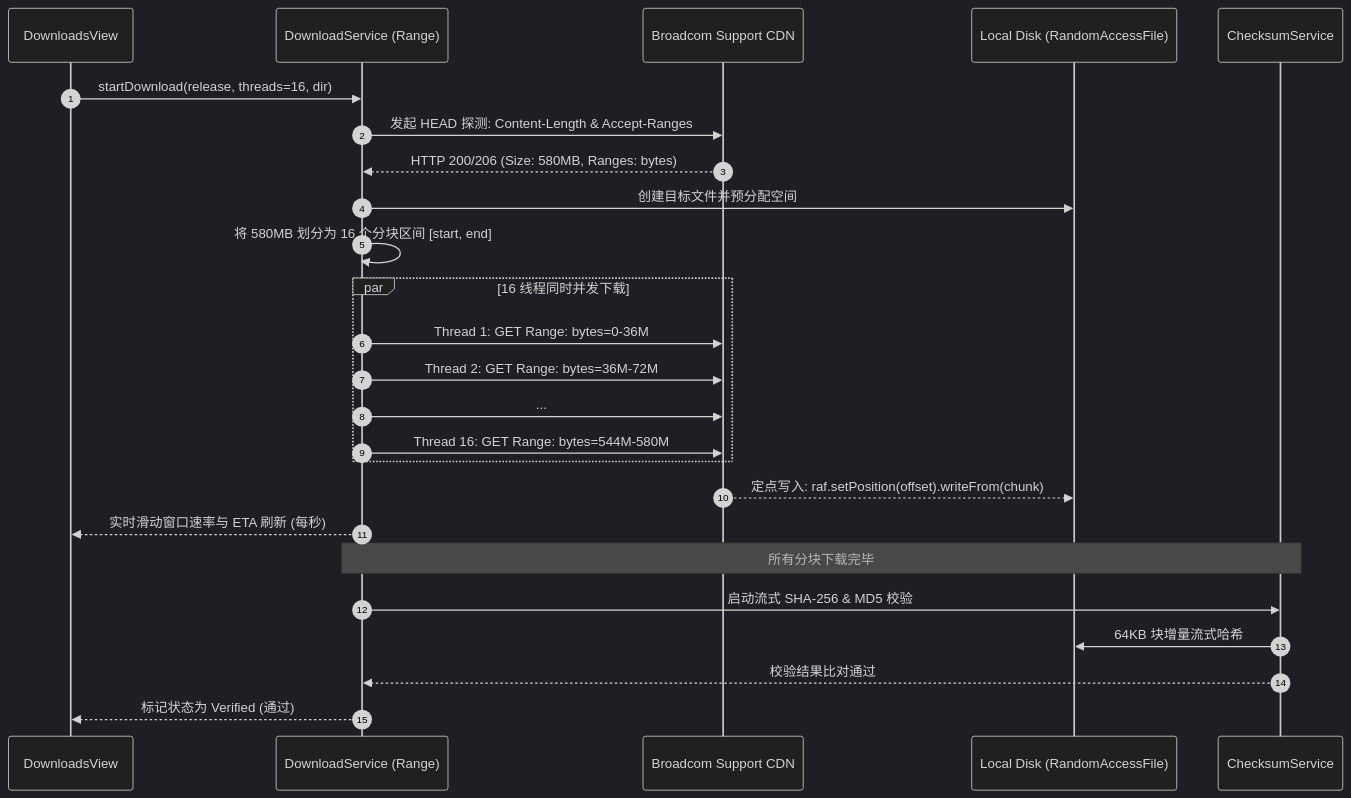
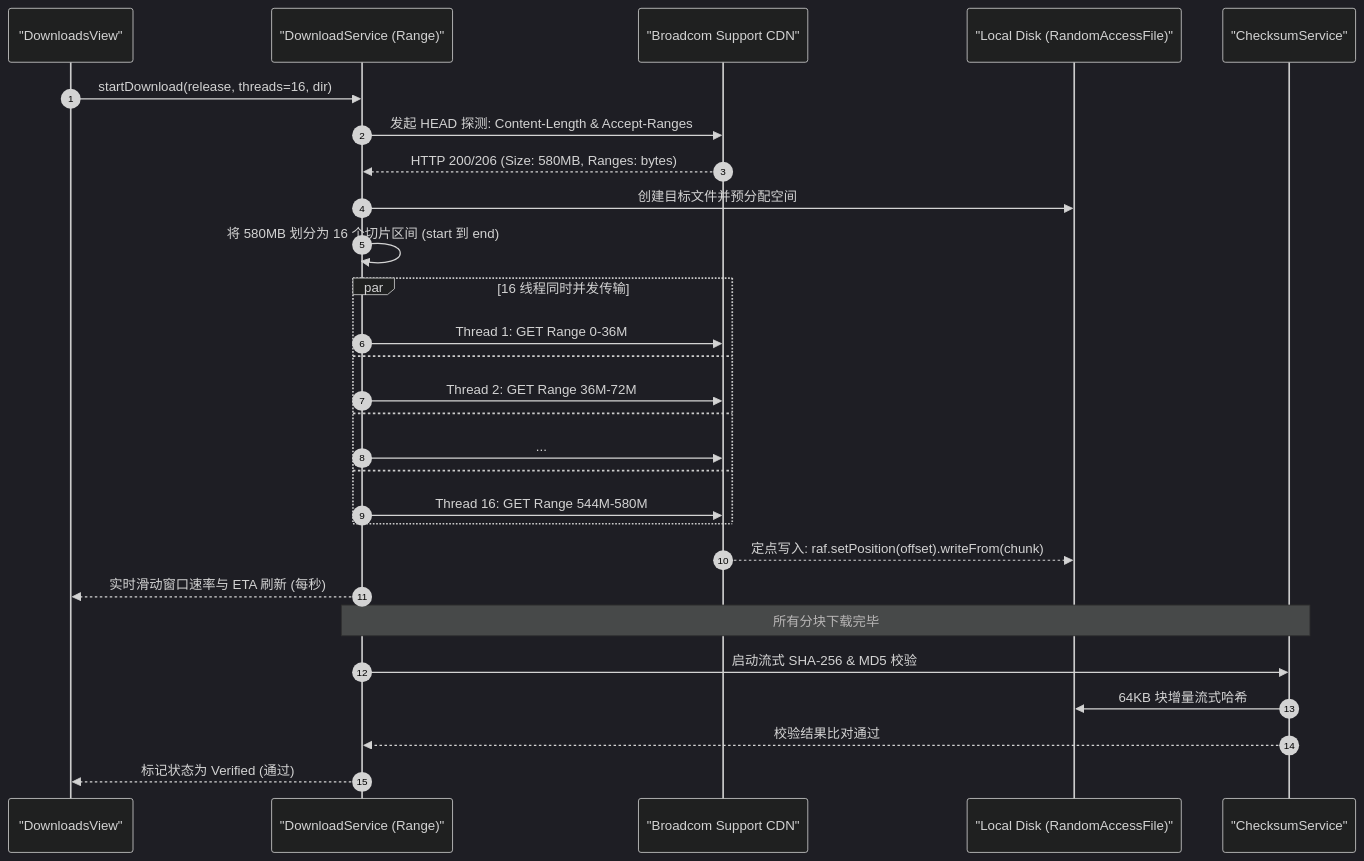
The second of 2 diagrams in README.md (ericclose/VMwareGet), drawn with Mermaid (dark theme) before and after one commit. The commit also changed other lines of this file, not shown here.

Commit message:
fix(docs): quote Mermaid diagram actor labels and fix par block syntax

````diff
--- a/README.md
+++ b/README.md
@@ -112,31 +112,34 @@
 ```mermaid
 sequenceDiagram
     autonumber
-    participant UI as DownloadsView
-    participant Engine as DownloadService (Range)
-    participant Broadcom as Broadcom Support CDN
-    participant Disk as Local Disk (RandomAccessFile)
-    participant Hash as ChecksumService
+    participant UI as "DownloadsView"
+    participant Engine as "DownloadService (Range)"
+    participant Broadcom as "Broadcom Support CDN"
+    participant Disk as "Local Disk (RandomAccessFile)"
+    participant Hash as "ChecksumService"
 
     UI->>Engine: startDownload(release, threads=16, dir)
     Engine->>Broadcom: 发起 HEAD 探测: Content-Length & Accept-Ranges
     Broadcom-->>Engine: HTTP 200/206 (Size: 580MB, Ranges: bytes)
     Engine->>Disk: 创建目标文件并预分配空间
-    Engine->>Engine: 将 580MB 划分为 16 个分块区间 [start, end]
+    Engine->>Engine: 将 580MB 划分为 16 个切片区间 (start 到 end)
     
-    par 16 线程同时并发下载
-        Engine->>Broadcom: Thread 1: GET Range: bytes=0-36M
-        Engine->>Broadcom: Thread 2: GET Range: bytes=36M-72M
+    par 16 线程同时并发传输
+        Engine->>Broadcom: Thread 1: GET Range 0-36M
+    and
+        Engine->>Broadcom: Thread 2: GET Range 36M-72M
+    and
         Engine->>Broadcom: ...
-        Engine->>Broadcom: Thread 16: GET Range: bytes=544M-580M
+    and
+        Engine->>Broadcom: Thread 16: GET Range 544M-580M
     end
     
     Broadcom-->>Disk: 定点写入: raf.setPosition(offset).writeFrom(chunk)
     Engine-->>UI: 实时滑动窗口速率与 ETA 刷新 (每秒)
     
     Note over Engine,Hash: 所有分块下载完毕
     Engine->>Hash: 启动流式 SHA-256 & MD5 校验
     Hash->>Disk: 64KB 块增量流式哈希
     Hash-->>Engine: 校验结果比对通过
     Engine-->>UI: 标记状态为 Verified (通过)
 ```
````
